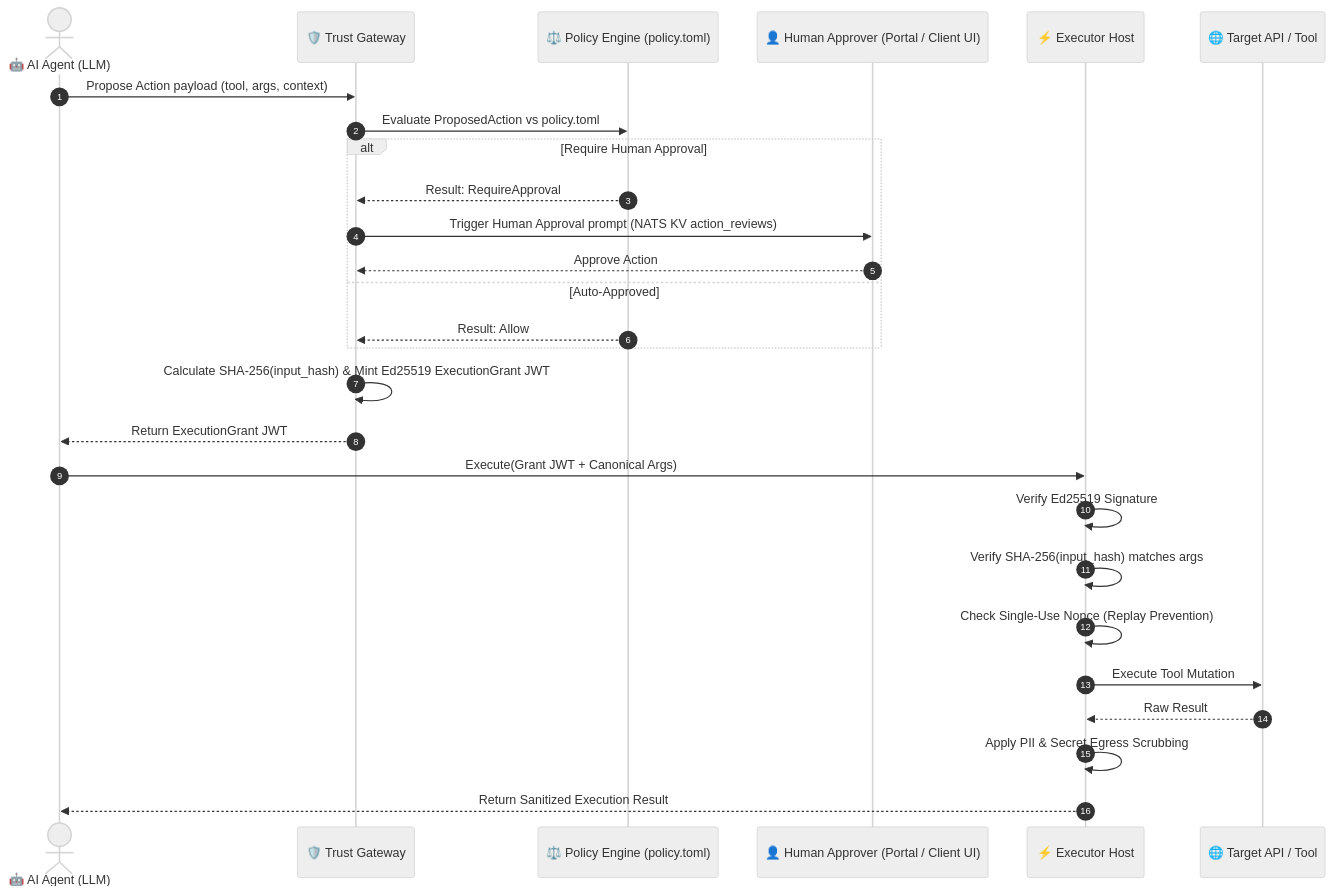
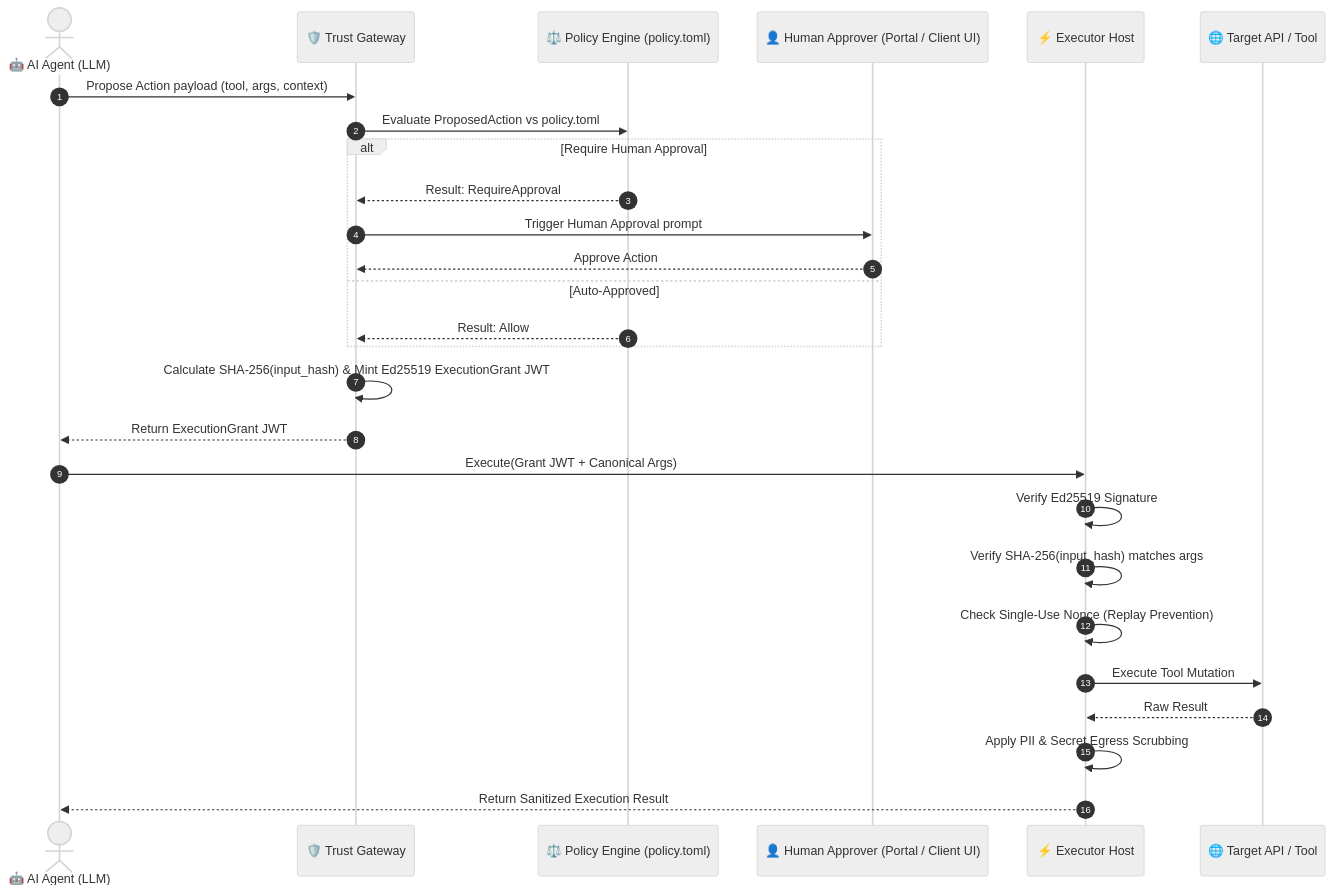
Before and after one commit to fcn06/trust-gateway: the third of 3 diagrams in docs/VISUAL_GUIDE.md, drawn with Mermaid (neutral theme).

Commit message:
Remove unnecessary detail from human approval prompt

````diff
--- a/docs/VISUAL_GUIDE.md
+++ b/docs/VISUAL_GUIDE.md
@@ -42,34 +42,34 @@
 ```mermaid
 sequenceDiagram
     autonumber
     actor Agent as 🤖 AI Agent (LLM)
     participant Gateway as 🛡️ Trust Gateway
     participant Policy as ⚖️ Policy Engine (policy.toml)
     participant Human as 👤 Human Approver (Portal / Client UI)
     participant Executor as ⚡ Executor Host
     participant API as 🌐 Target API / Tool
 
     Agent->>Gateway: Propose Action payload (tool, args, context)
     Gateway->>Policy: Evaluate ProposedAction vs policy.toml
     
     alt Require Human Approval
         Policy-->>Gateway: Result: RequireApproval
-        Gateway->>Human: Trigger Human Approval prompt (NATS KV action_reviews)
+        Gateway->>Human: Trigger Human Approval prompt
         Human-->>Gateway: Approve Action
     else Auto-Approved
         Policy-->>Gateway: Result: Allow
     end
 
     Gateway->>Gateway: Calculate SHA-256(input_hash) & Mint Ed25519 ExecutionGrant JWT
     Gateway-->>Agent: Return ExecutionGrant JWT
     Agent->>Executor: Execute(Grant JWT + Canonical Args)
     
     Executor->>Executor: Verify Ed25519 Signature
     Executor->>Executor: Verify SHA-256(input_hash) matches args
     Executor->>Executor: Check Single-Use Nonce (Replay Prevention)
     
     Executor->>API: Execute Tool Mutation
     API-->>Executor: Raw Result
     Executor->>Executor: Apply PII & Secret Egress Scrubbing
     Executor-->>Agent: Return Sanitized Execution Result
 ```
````
